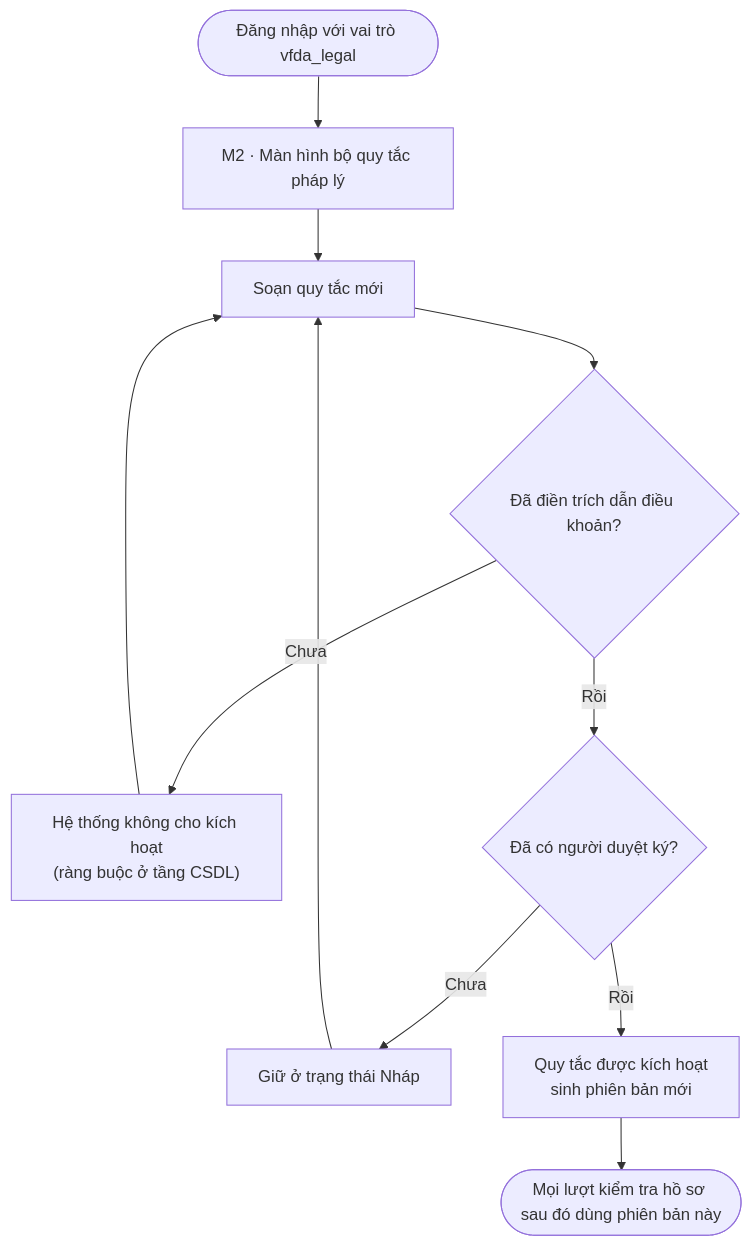
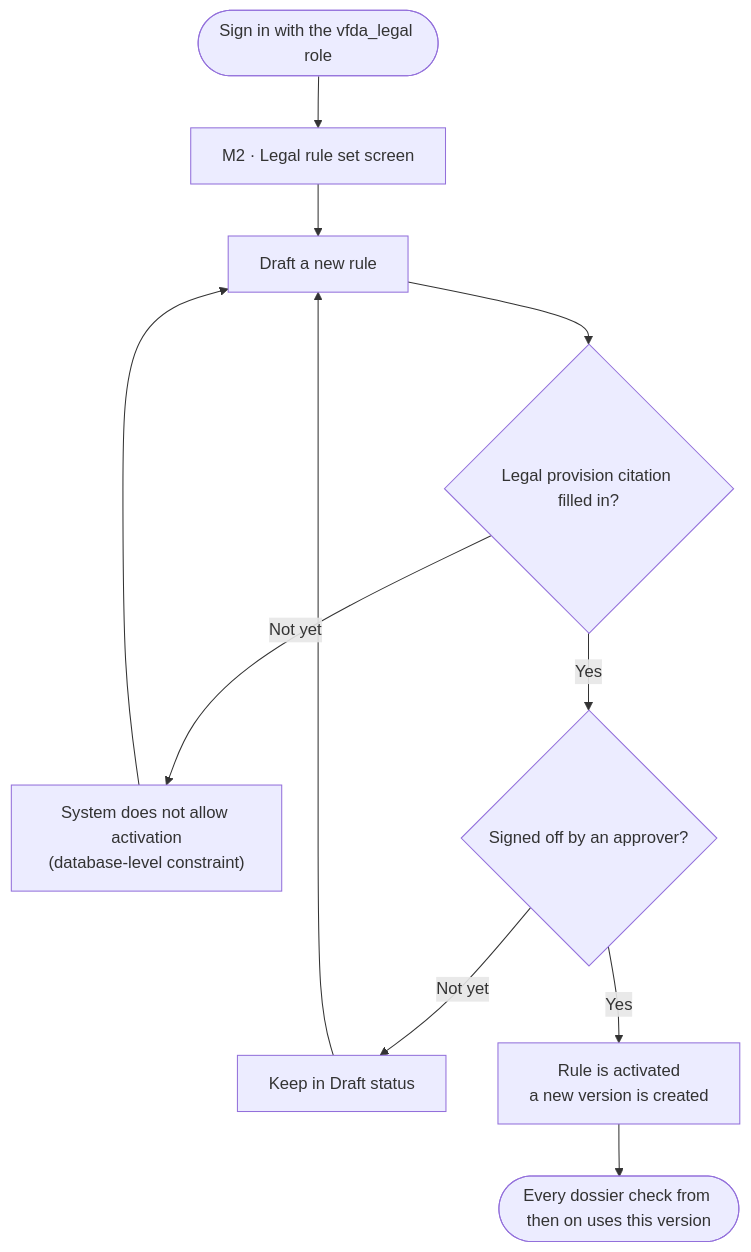
One commit to namnt2005/CINEMATCH-DBIZ3.TeamC changed the fifth of 6 diagrams in docs/architecture/usage-flow.md. Above: the diagram before and after it, drawn with Mermaid. The commit also changed other lines of this file and 92 other files, not shown here.

````diff
--- a/docs/architecture/usage-flow.md
+++ b/docs/architecture/usage-flow.md
@@ -91,11 +91,11 @@
 ```mermaid
 flowchart TD
-    S(["Đăng nhập với vai trò vfda_legal"]) --> L["M2 · Màn hình bộ quy tắc pháp lý"]
-    L --> N["Soạn quy tắc mới"]
-    N --> Q1{"Đã điền trích dẫn điều khoản?"}
-    Q1 -- "Chưa" --> BLOCK["Hệ thống không cho kích hoạt<br/>(ràng buộc ở tầng CSDL)"] --> N
-    Q1 -- "Rồi" --> Q2{"Đã có người duyệt ký?"}
-    Q2 -- "Chưa" --> DRAFT["Giữ ở trạng thái Nháp"] --> N
-    Q2 -- "Rồi" --> ACT["Quy tắc được kích hoạt<br/>sinh phiên bản mới"]
-    ACT --> E(["Mọi lượt kiểm tra hồ sơ sau đó dùng phiên bản này"])
+    S(["Sign in with the vfda_legal role"]) --> L["M2 · Legal rule set screen"]
+    L --> N["Draft a new rule"]
+    N --> Q1{"Legal provision citation filled in?"}
+    Q1 -- "Not yet" --> BLOCK["System does not allow activation<br/>(database-level constraint)"] --> N
+    Q1 -- "Yes" --> Q2{"Signed off by an approver?"}
+    Q2 -- "Not yet" --> DRAFT["Keep in Draft status"] --> N
+    Q2 -- "Yes" --> ACT["Rule is activated<br/>a new version is created"]
+    ACT --> E(["Every dossier check from then on uses this version"])
 ```
````
